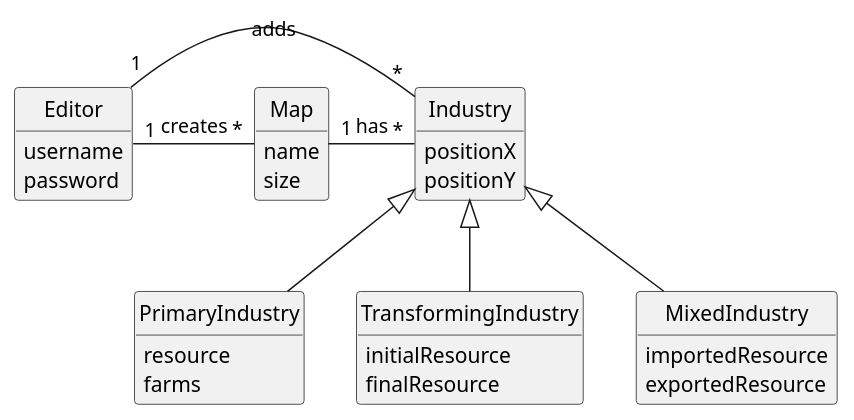
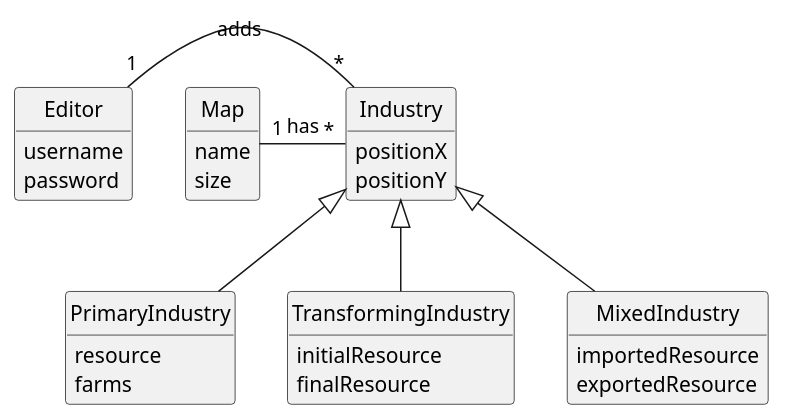
Before and after one commit to bruno-monteiro5/sem2-pi-24.25-g132-repo: the diagram in docs/system-documentation/US002/02.analysis/puml/US006-DM.puml, drawn with PlantUML. The commit also changed 2 other files, not shown here.

Commit message:
US003 analyses diagram

```diff
--- a/docs/system-documentation/US002/02.analysis/puml/US006-DM.puml
+++ b/docs/system-documentation/US002/02.analysis/puml/US006-DM.puml
@@ -1,55 +1,55 @@
 @startuml
 skinparam monochrome true
 skinparam packageStyle rectangle
 skinparam shadowing false
 
 'left to right direction
 
 skinparam classAttributeIconSize 0
 
 hide circle
 hide methods
 
 'title Domain Model
 
 class Map {
     name
     size
 }
 
 class Industry {
     positionX
     positionY
 }
 
 class PrimaryIndustry {
     resource
     farms
 }
 
 class TransformingIndustry {
     initialResource
     finalResource
 }
 
 class MixedIndustry {
     importedResource
     exportedResource
 }
 
 class Editor {
     username
     password
 
 }
 
-Editor "1" - "*" Map : creates
+
 Editor "1" - "*" Industry: adds
 
 Map "1" - "*" Industry : has
 Industry <|-- PrimaryIndustry
 Industry <|-- TransformingIndustry
 Industry <|-- MixedIndustry
 
 
 @enduml
```
